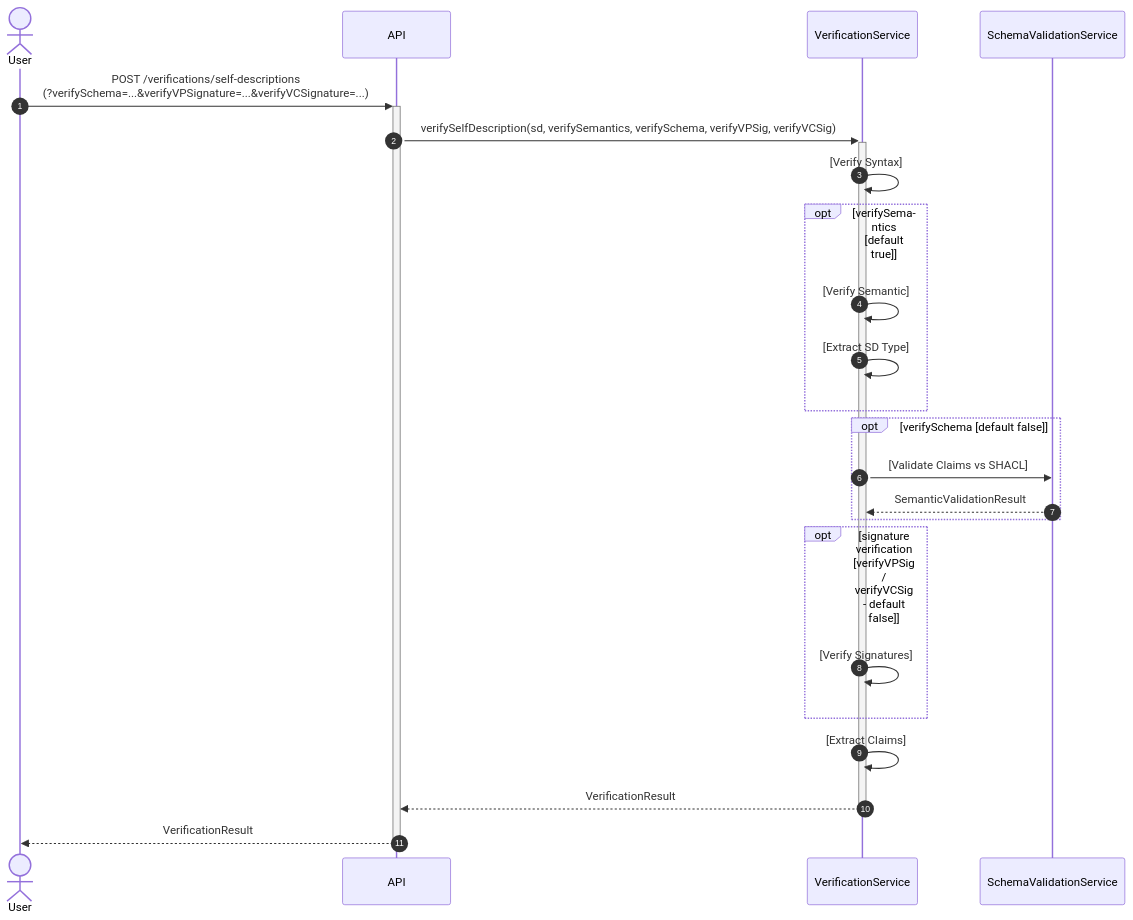
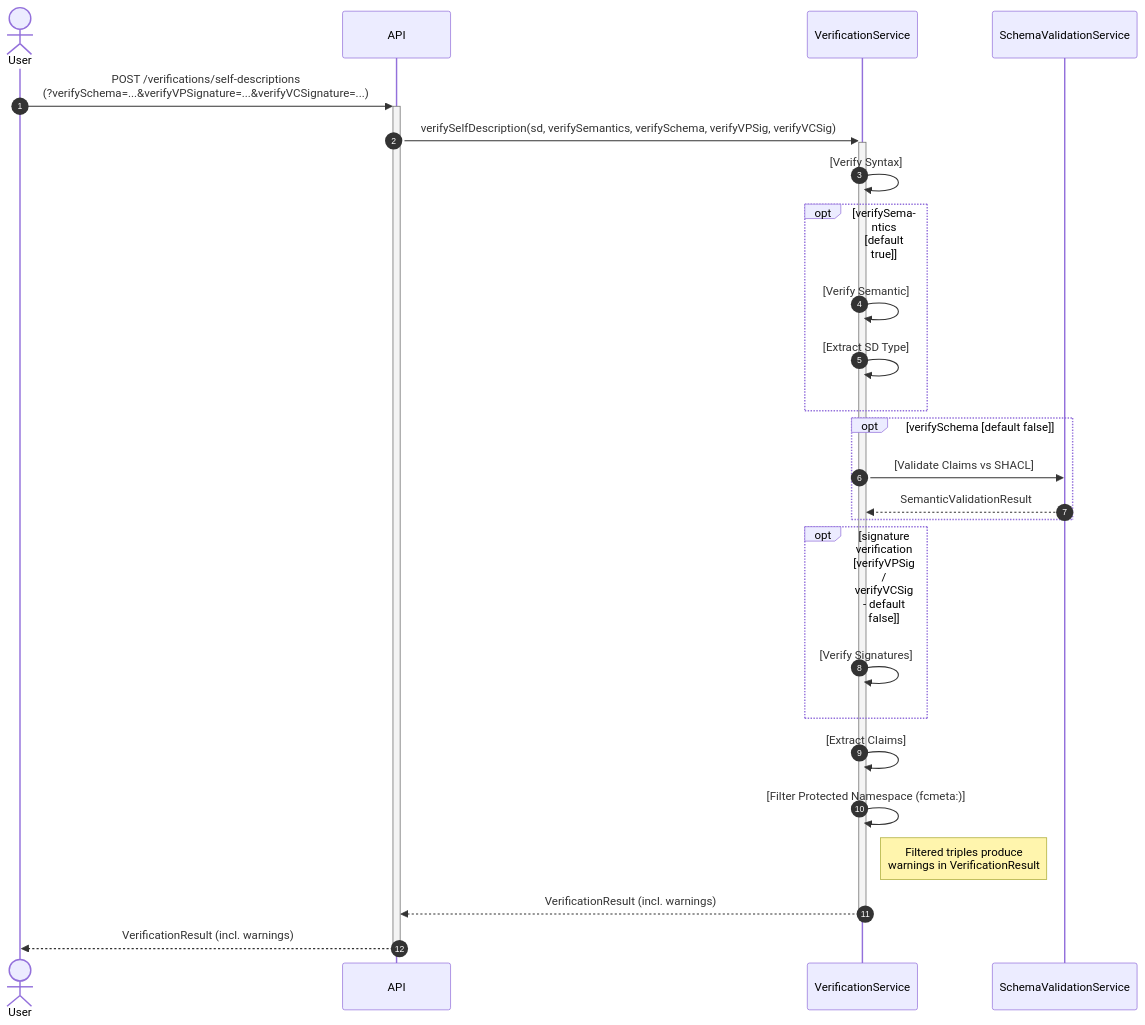
One commit to federated-catalogue-enhancements-2026/docs changed diagram 28 of 32 in federated-catalogue/src/docs/architecture/chapters/06_runtime_view.adoc. Above: the diagram before and after it, drawn with Mermaid. The commit also changed other lines of this file and 2 other files, not shown here.

First line of the commit message:
[CAT-FR-GD-09] Documents protected namespace filter to safeguard internal metadata

```diff
--- a/federated-catalogue/src/docs/architecture/chapters/06_runtime_view.adoc
+++ b/federated-catalogue/src/docs/architecture/chapters/06_runtime_view.adoc
@@ -839,25 +856,27 @@
 [mermaid, width=2000]
 ....
 sequenceDiagram
     autonumber
     actor User
     participant API
     participant VerificationService
     User ->> + API:POST /verifications/self-descriptions<br>(?verifySchema=...&verifyVPSignature=...&verifyVCSignature=...)
     API ->> + VerificationService:verifySelfDescription(sd, verifySemantics, verifySchema, verifyVPSig, verifyVCSig)
     VerificationService ->> VerificationService: [Verify Syntax]
     opt verifySemantics [default true]
         VerificationService ->> VerificationService: [Verify Semantic]
         VerificationService ->> VerificationService: [Extract SD Type]
     end
     opt verifySchema [default false]
         VerificationService ->> SchemaValidationService: [Validate Claims vs SHACL]
         SchemaValidationService -->> VerificationService: SemanticValidationResult
     end
     opt signature verification [verifyVPSig / verifyVCSig - default false]
         VerificationService ->> VerificationService: [Verify Signatures]
     end
     VerificationService ->> VerificationService:[Extract Claims]
-    VerificationService -->> - API:VerificationResult
-    API -->> -User: VerificationResult
+    VerificationService ->> VerificationService:[Filter Protected Namespace (fcmeta:)]
+    Note right of VerificationService: Filtered triples produce<br/>warnings in VerificationResult
+    VerificationService -->> - API:VerificationResult (incl. warnings)
+    API -->> -User: VerificationResult (incl. warnings)
 ....
```
